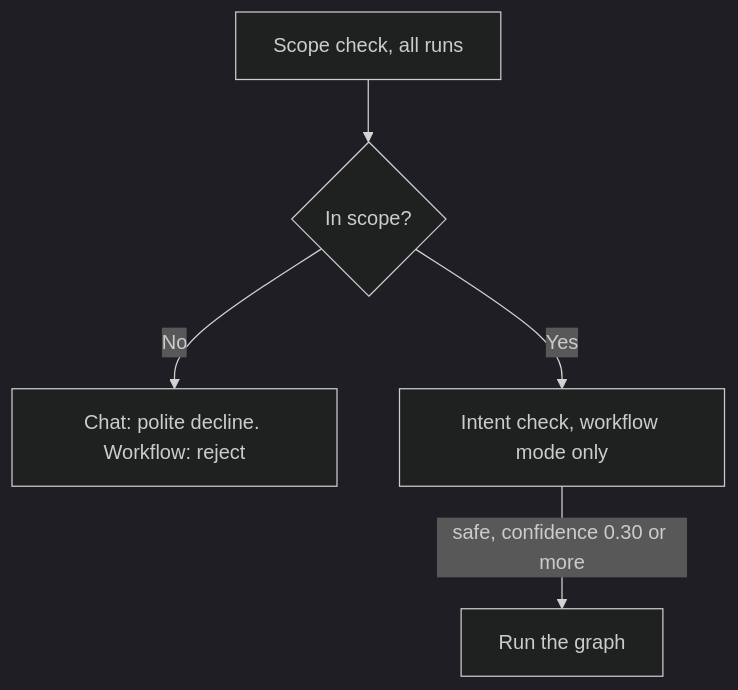
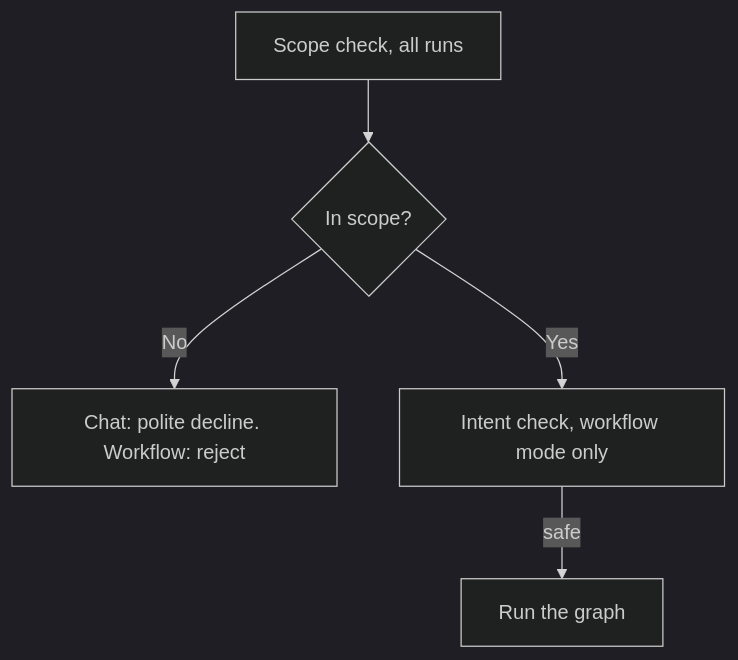
One commit to Altinn/altinn-studio changed the first of 6 diagrams in src/AI/assistant/docs/modules/graph.md. Above: the diagram before and after it, drawn with Mermaid (dark theme). The commit also changed other lines of this file and 7 other files, not shown here.

````diff
--- a/src/AI/assistant/docs/modules/graph.md
+++ b/src/AI/assistant/docs/modules/graph.md
@@ -9,7 +9,7 @@
 ```mermaid
 flowchart TD
   S["Scope check, all runs"] --> Q{"In scope?"}
   Q -- No --> X["Chat: polite decline. Workflow: reject"]
   Q -- Yes --> I["Intent check, workflow mode only"]
-  I -- "safe, confidence 0.30 or more" --> G["Run the graph"]
+  I -- "safe" --> G["Run the graph"]
 ```
````
